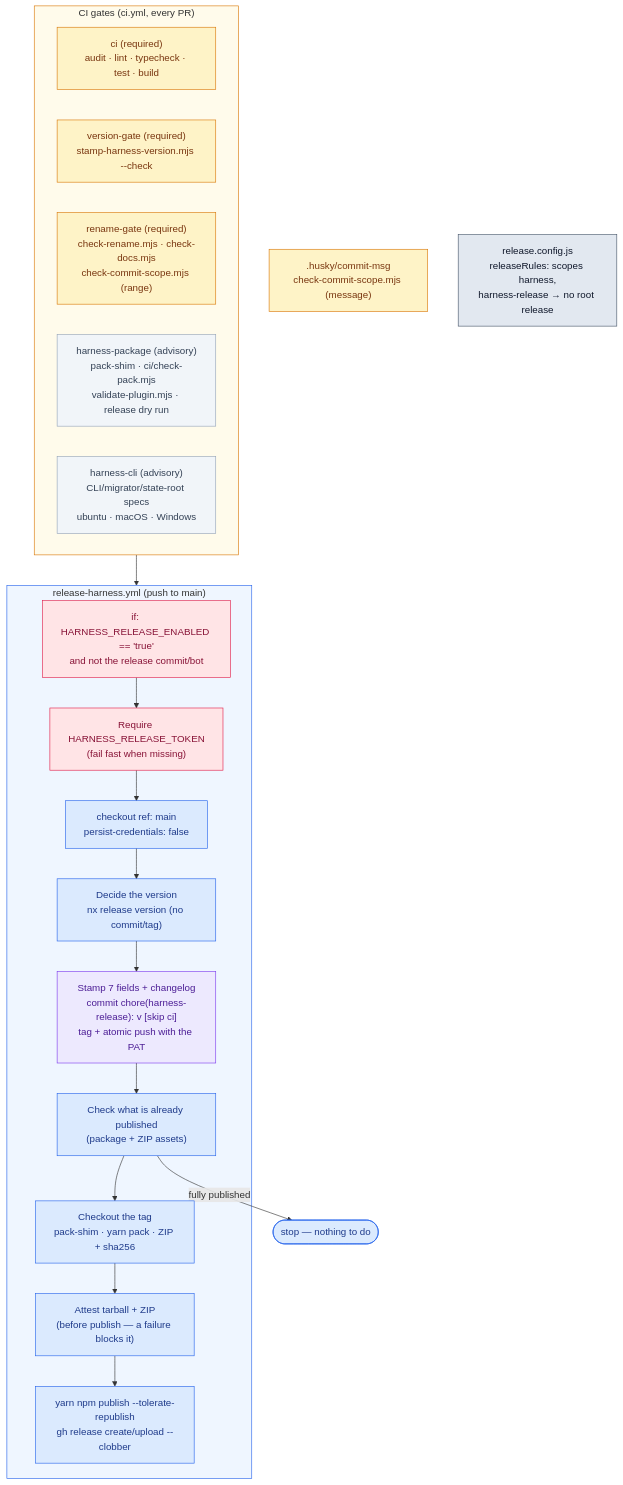
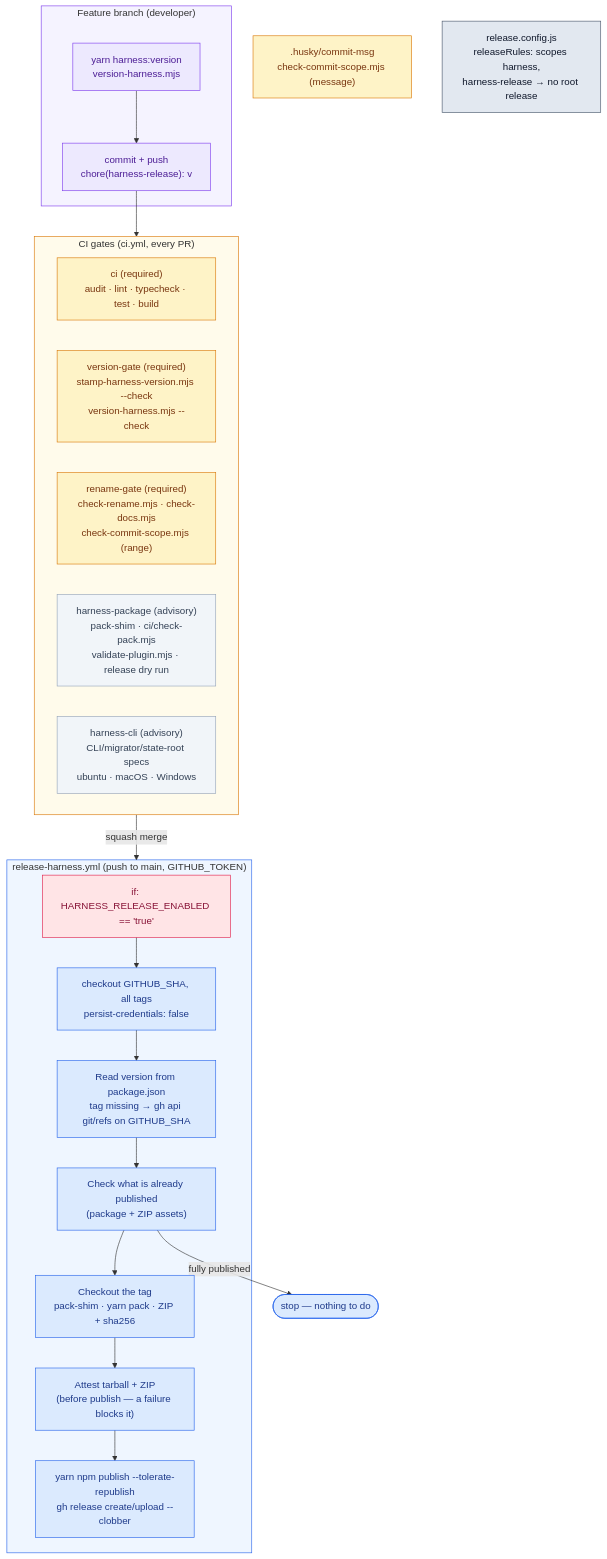
Before and after one commit to DataArt/artisyn-implementation-harness: the diagram in docs/System Architecture (LLD)/Harness Release Pipeline/00. Overview.md, drawn with Mermaid. The commit also changed other lines of this file and 13 other files, not shown here.

First line of the commit message:
docs(release): describe versioning in the PR and publishing on merge

````diff
--- a/docs/System Architecture (LLD)/Harness Release Pipeline/00. Overview.md
+++ b/docs/System Architecture (LLD)/Harness Release Pipeline/00. Overview.md
@@ -27,38 +29,43 @@
 ```mermaid
 flowchart TD
+    subgraph BRANCH ["  Feature branch (developer)  "]
+        HV["yarn harness:version\nversion-harness.mjs"]:::push
+        VC["commit + push\nchore(harness-release): v"]:::push
+    end
+
     subgraph GATES ["  CI gates (ci.yml, every PR)  "]
         CI["ci (required)\naudit · lint · typecheck · test · build"]:::gate
-        VG["version-gate (required)\nstamp-harness-version.mjs --check"]:::gate
+        VG["version-gate (required)\nstamp-harness-version.mjs --check\nversion-harness.mjs --check"]:::gate
         RG["rename-gate (required)\ncheck-rename.mjs · check-docs.mjs\ncheck-commit-scope.mjs (range)"]:::gate
         HP["harness-package (advisory)\npack-shim · ci/check-pack.mjs\nvalidate-plugin.mjs · release dry run"]:::advisory
         HC["harness-cli (advisory)\nCLI/migrator/state-root specs\nubuntu · macOS · Windows"]:::advisory
     end
 
-    subgraph WF ["  release-harness.yml (push to main)  "]
-        EN["if: HARNESS_RELEASE_ENABLED == 'true'\nand not the release commit/bot"]:::guard
-        TK["Require HARNESS_RELEASE_TOKEN\n(fail fast when missing)"]:::guard
-        CO["checkout ref: main\npersist-credentials: false"]:::step
-        DV["Decide the version\nnx release version (no commit/tag)"]:::step
-        ST["Stamp 7 fields + changelog\ncommit chore(harness-release): v [skip ci]\ntag + atomic push with the PAT"]:::push
+    subgraph WF ["  release-harness.yml (push to main, GITHUB_TOKEN)  "]
+        EN["if: HARNESS_RELEASE_ENABLED == 'true'"]:::guard
+        CO["checkout GITHUB_SHA, all tags\npersist-credentials: false"]:::step
+        TG["Read version from package.json\ntag missing → gh api git/refs on GITHUB_SHA"]:::step
         CK["Check what is already published\n(package + ZIP assets)"]:::step
         BU["Checkout the tag\npack-shim · yarn pack · ZIP + sha256"]:::step
         AT["Attest tarball + ZIP\n(before publish — a failure blocks it)"]:::step
         PU["yarn npm publish --tolerate-republish\ngh release create/upload --clobber"]:::step
     end
 
     HOOK[".husky/commit-msg\ncheck-commit-scope.mjs (message)"]:::gate
     RSR["release.config.js\nreleaseRules: scopes harness,\nharness-release → no root release"]:::separate
 
-    GATES --> WF
-    EN --> TK --> CO --> DV --> ST --> CK --> BU --> AT --> PU
+    HV --> VC --> GATES
+    GATES -->|"squash merge"| WF
+    EN --> CO --> TG --> CK --> BU --> AT --> PU
     CK -->|"fully published"| DONE(["stop — nothing to do"]):::step
 
     classDef gate fill:#FEF3C7,stroke:#D97706,color:#78350f
     classDef advisory fill:#F1F5F9,stroke:#94A3B8,color:#334155
     classDef guard fill:#FFE4E6,stroke:#E11D48,color:#881337
     classDef step fill:#DBEAFE,stroke:#2563EB,color:#1e3a8a
     classDef push fill:#EDE9FE,stroke:#7C3AED,color:#4c1d95
     classDef separate fill:#E2E8F0,stroke:#475569,color:#0f172a
+    style BRANCH fill:#F5F3FF,stroke:#7C3AED
     style GATES fill:#FFFBEB,stroke:#D97706
     style WF fill:#EFF6FF,stroke:#2563EB
 ```
````
